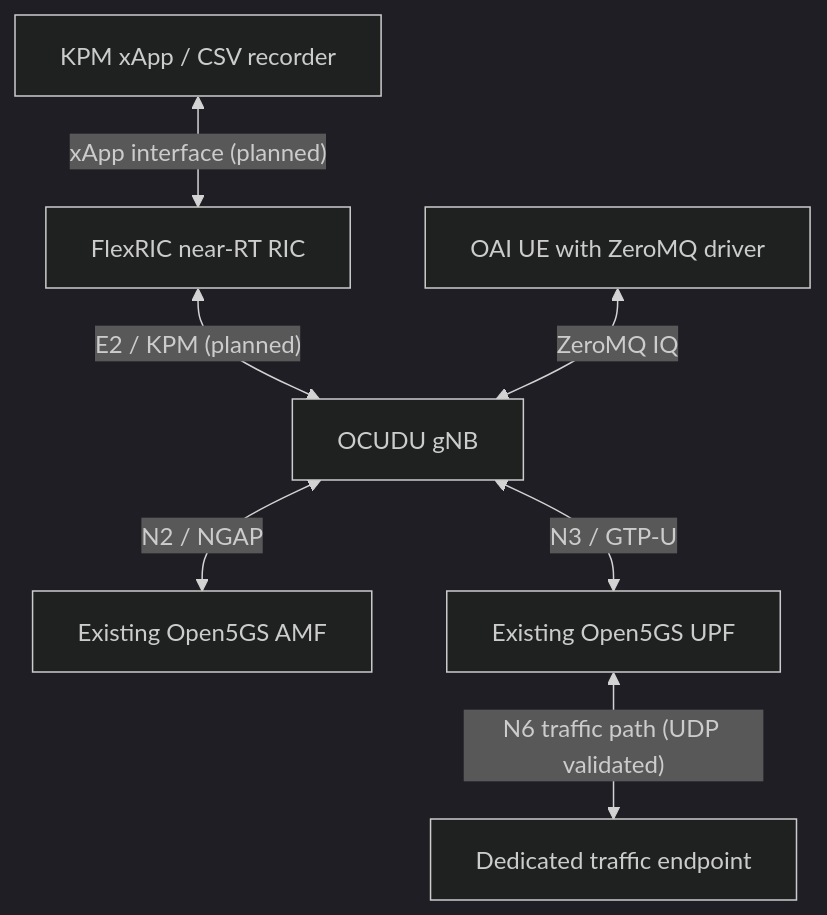
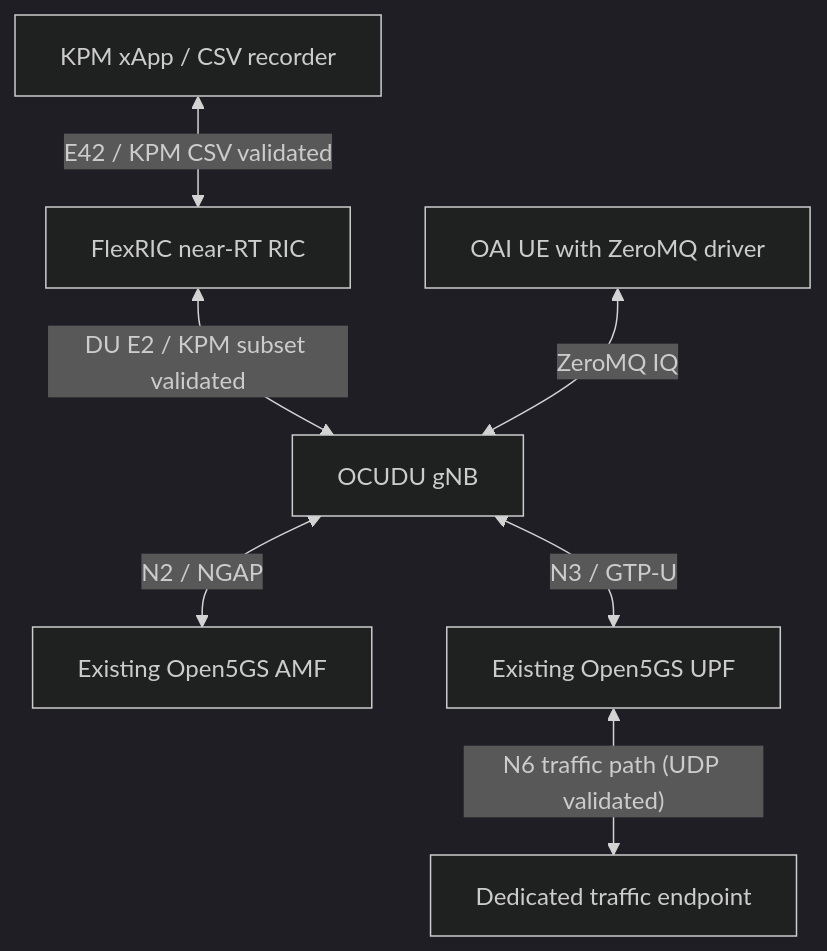
Before and after one commit to limx59/OAI-5GC-PI: the second of 2 diagrams in test/ocudu/README.md, drawn with Mermaid (dark theme). The commit also changed other lines of this file and 9 other files, not shown here.

Commit message:
feat(ocudu): add bounded DU KPM CSV validation and regression docs

````diff
--- a/test/ocudu/README.md
+++ b/test/ocudu/README.md
@@ -46,16 +51,16 @@
 ```mermaid
 flowchart TB
     X["KPM xApp / CSV recorder"]
     R["FlexRIC near-RT RIC"]
     G["OCUDU gNB"]
     U["OAI UE with ZeroMQ driver"]
     A["Existing Open5GS AMF"]
     P["Existing Open5GS UPF"]
     T["Dedicated traffic endpoint"]
-    X <-->|"xApp interface (planned)"| R
-    R <-->|"E2 / KPM (planned)"| G
+    X <-->|"E42 / KPM CSV validated"| R
+    R <-->|"DU E2 / KPM subset validated"| G
     U <-->|"ZeroMQ IQ"| G
     G <-->|"N2 / NGAP"| A
     G <-->|"N3 / GTP-U"| P
     P <-->|"N6 traffic path (UDP validated)"| T
 ```
````
